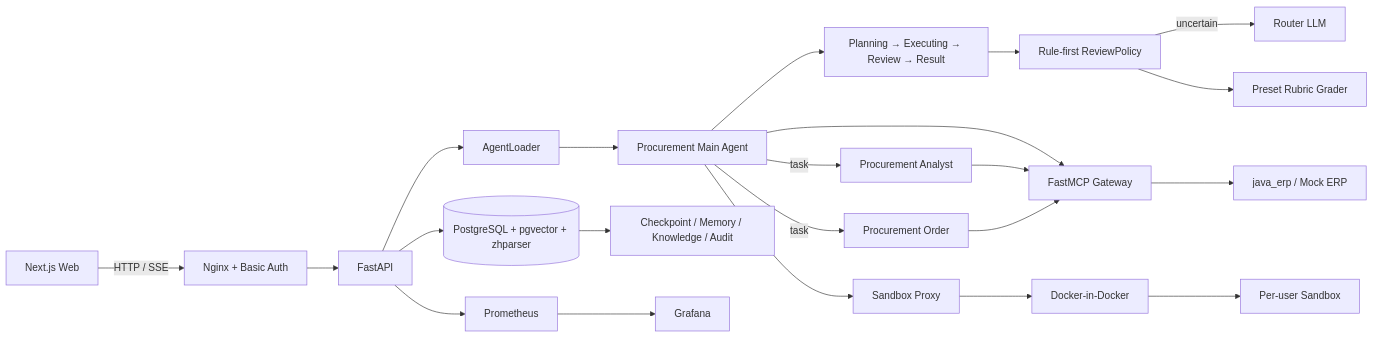
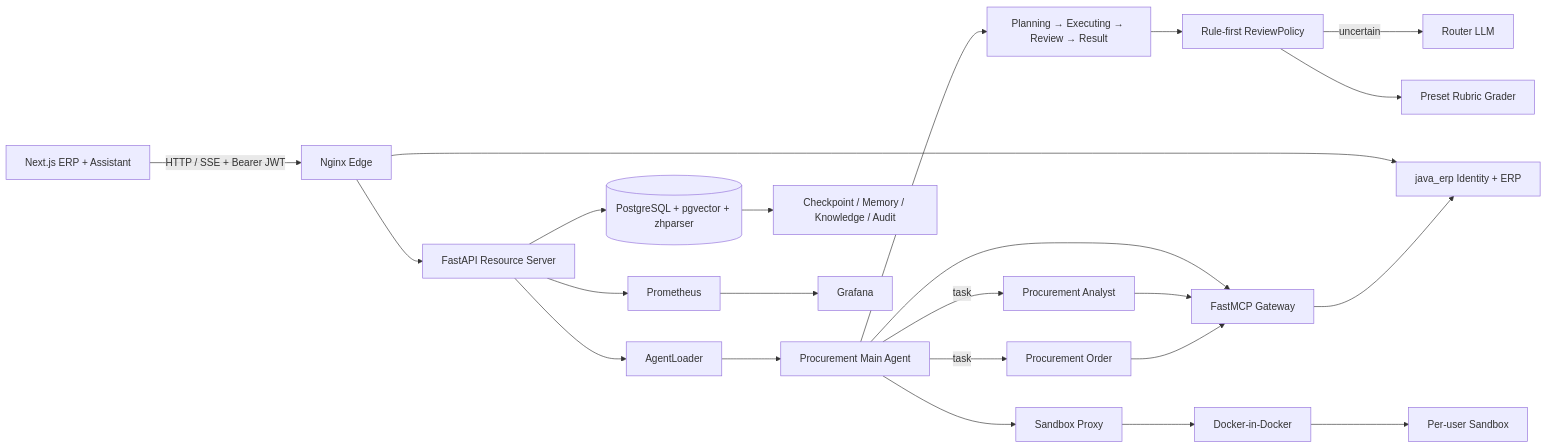
The diagram in README.md (lyrwazbzh/AutoSupply-Agent), drawn with Mermaid before and after one commit. The commit also changed other lines of this file and 542 other files, not shown here.

````diff
--- a/README.md
+++ b/README.md
@@ -43,28 +45,29 @@
 ```mermaid
 flowchart LR
-    UI[Next.js Web] -->|HTTP / SSE| NGINX[Nginx + Basic Auth]
-    NGINX --> API[FastAPI]
+    UI[Next.js ERP + Assistant] -->|HTTP / SSE + Bearer JWT| NGINX[Nginx Edge]
+    NGINX --> API[FastAPI Resource Server]
+    NGINX --> ERP[java_erp Identity + ERP]
     API --> LOADER[AgentLoader]
     LOADER --> MAIN[Procurement Main Agent]
 
     MAIN --> HARNESS[Planning → Executing → Review → Result]
     MAIN -->|task| ANALYST[Procurement Analyst]
     MAIN -->|task| ORDER[Procurement Order]
     HARNESS --> POLICY[Rule-first ReviewPolicy]
     POLICY -->|uncertain| ROUTER[Router LLM]
     POLICY --> RUBRIC[Preset Rubric Grader]
 
     MAIN --> MCP[FastMCP Gateway]
     ANALYST --> MCP
     ORDER --> MCP
-    MCP --> ERP[java_erp / Mock ERP]
+    MCP --> ERP
 
     MAIN --> PROXY[Sandbox Proxy]
     PROXY --> DIND[Docker-in-Docker]
     DIND --> BOX[Per-user Sandbox]
 
     API --> PG[(PostgreSQL + pgvector + zhparser)]
     PG --> DATA[Checkpoint / Memory / Knowledge / Audit]
     API --> PROM[Prometheus]
     PROM --> GRAFANA[Grafana]
 ```
````
